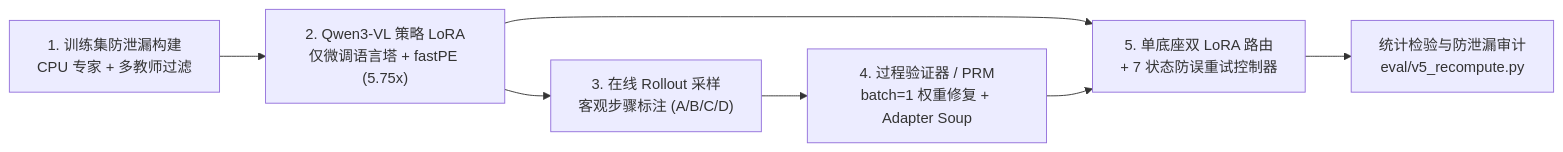
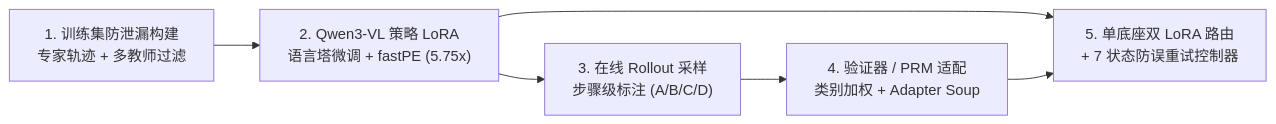
One commit to ca1tshame/GUI-Transition-Verifier changed the diagram in README_CN.md. Above: the diagram before and after it, drawn with Mermaid. The commit also changed other lines of this file and 2 other files, not shown here.

````diff
--- a/README_CN.md
+++ b/README_CN.md
@@ -65,9 +65,8 @@
 ```mermaid
 flowchart LR
-    A["1. 训练集防泄漏构建<br/>CPU 专家 + 多教师过滤"] --> B["2. Qwen3-VL 策略 LoRA<br/>仅微调语言塔 + fastPE (5.75x)"]
-    B --> C["3. 在线 Rollout 采样<br/>客观步骤标注 (A/B/C/D)"]
-    C --> D["4. 过程验证器 / PRM<br/>batch=1 权重修复 + Adapter Soup"]
+    A["1. 训练集防泄漏构建<br/>专家轨迹 + 多教师过滤"] --> B["2. Qwen3-VL 策略 LoRA<br/>语言塔微调 + fastPE (5.75x)"]
+    B --> C["3. 在线 Rollout 采样<br/>步骤级标注 (A/B/C/D)"]
+    C --> D["4. 验证器 / PRM 适配<br/>类别加权 + Adapter Soup"]
     B --> E["5. 单底座双 LoRA 路由<br/>+ 7 状态防误重试控制器"]
     D --> E
-    E --> F["统计检验与防泄漏审计<br/>eval/v5_recompute.py"]
 ```
````
